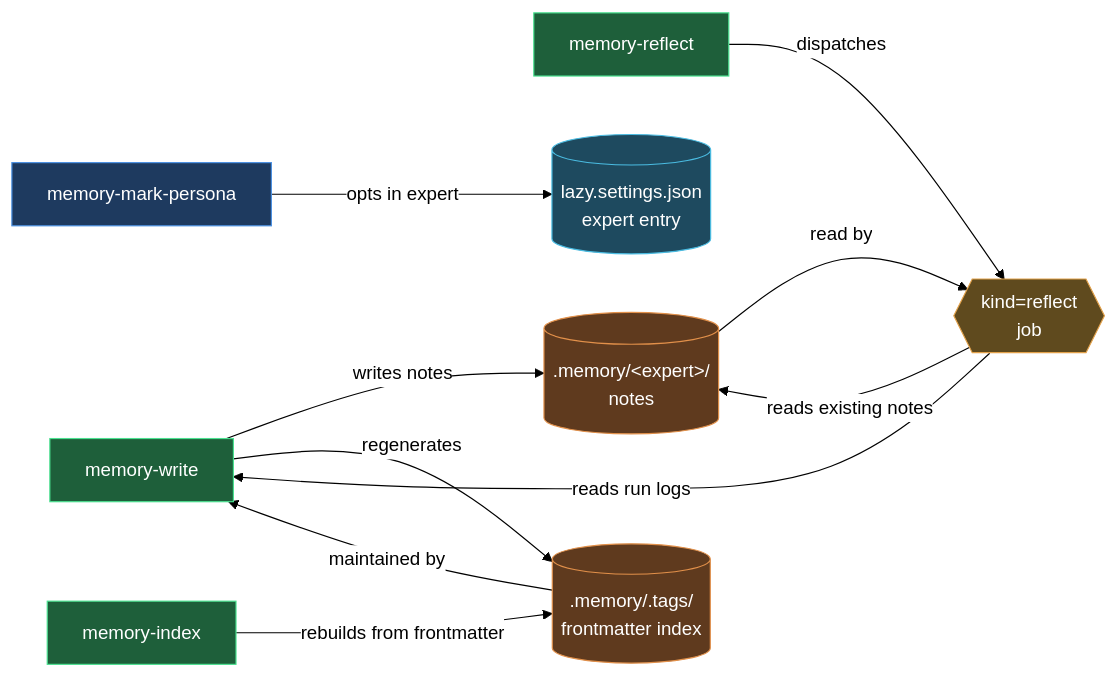
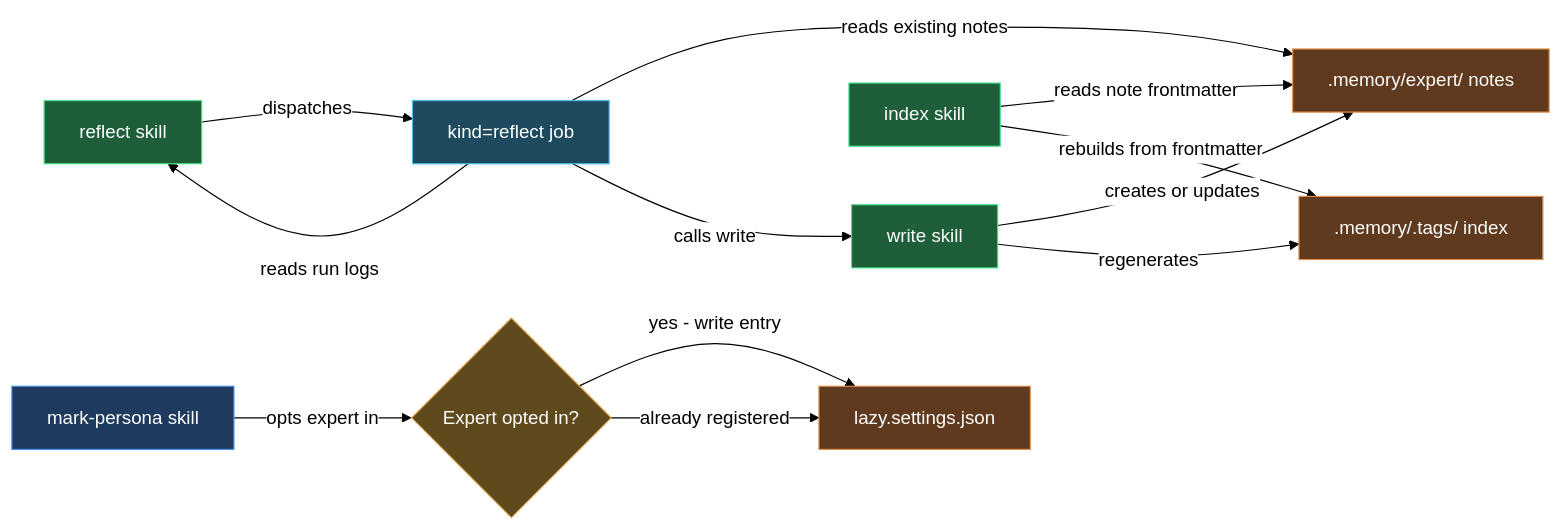
The diagram in claude/lazycortex-core/help/memory.md (mebius-san/lazy-cortex), drawn with Mermaid before and after one commit. The commit also changed other lines of this file and 45 other files, not shown here.

````diff
--- a/claude/lazycortex-core/help/memory.md
+++ b/claude/lazycortex-core/help/memory.md
@@ -58,37 +58,46 @@
 ```mermaid
 %%{init: {'themeVariables':{'background':'transparent','lineColor':'#000','textColor':'#000','edgeLabelBackground':'#fff'},'themeCSS':'.edgeLabel{background-color:transparent!important}.edgeLabel p{background-color:transparent!important}','flowchart':{'diagramPadding':5,'useMaxWidth':true}}}%%
 flowchart LR
-  markPersona[memory-mark-persona]
-  writeSkill[memory-write]
-  reflectSkill[memory-reflect]
-  indexSkill[memory-index]
-  lazySettings[("lazy.settings.json\nexpert entry")]
-  noteStore[(".memory/&lt;expert&gt;/\nnotes")]
-  tagsStore[(".memory/.tags/\nfrontmatter index")]
-  reflectJob{{"kind=reflect\njob"}}
+  markPersonaSkill[mark-persona skill]
+  writeSkill[write skill]
+  reflectSkill[reflect skill]
+  indexSkill[index skill]
 
-  markPersona -->|"opts in expert"| lazySettings
-  reflectSkill -->|"dispatches"| reflectJob
-  reflectJob -->|"reads run logs"| writeSkill
-  reflectJob -->|"reads existing notes"| noteStore
-  writeSkill -->|"writes notes"| noteStore
-  writeSkill -->|"regenerates"| tagsStore
-  indexSkill -->|"rebuilds from frontmatter"| tagsStore
-  noteStore -->|"read by"| reflectJob
-  tagsStore -->|"maintained by"| writeSkill
+  expertOptIn{Expert opted in?}
+  reflectJob[kind=reflect job]
+
+  lazySettings[lazy.settings.json]
+  memoryNotes[.memory/expert/ notes]
+  tagsDir[.memory/.tags/ index]
+
+  markPersonaSkill -->|opts expert in| expertOptIn
+  expertOptIn -->|yes - write entry| lazySettings
+  expertOptIn -->|already registered| lazySettings
+
+  writeSkill -->|creates or updates| memoryNotes
+  writeSkill -->|regenerates| tagsDir
+
+  reflectSkill -->|dispatches| reflectJob
+  reflectJob -->|reads run logs| reflectSkill
+  reflectJob -->|reads existing notes| memoryNotes
+  reflectJob -->|calls write| writeSkill
+
+  indexSkill -->|reads note frontmatter| memoryNotes
+  indexSkill -->|rebuilds from frontmatter| tagsDir
 
   classDef entry fill:#1e3a5f,stroke:#4a90e2,color:#fff
   classDef action fill:#1e5f3a,stroke:#4ae290,color:#fff
   classDef guard fill:#5f4a1e,stroke:#e2a14a,color:#fff
   classDef store fill:#5f3a1e,stroke:#e2904a,color:#fff
   classDef service fill:#1e4a5f,stroke:#4abce2,color:#fff
 
-  class markPersona entry
+  class markPersonaSkill entry
   class writeSkill action
   class reflectSkill action
   class indexSkill action
-  class reflectJob guard
-  class lazySettings service
-  class noteStore store
-  class tagsStore store
+  class expertOptIn guard
+  class reflectJob service
+  class lazySettings store
+  class memoryNotes store
+  class tagsDir store
 ```
````
